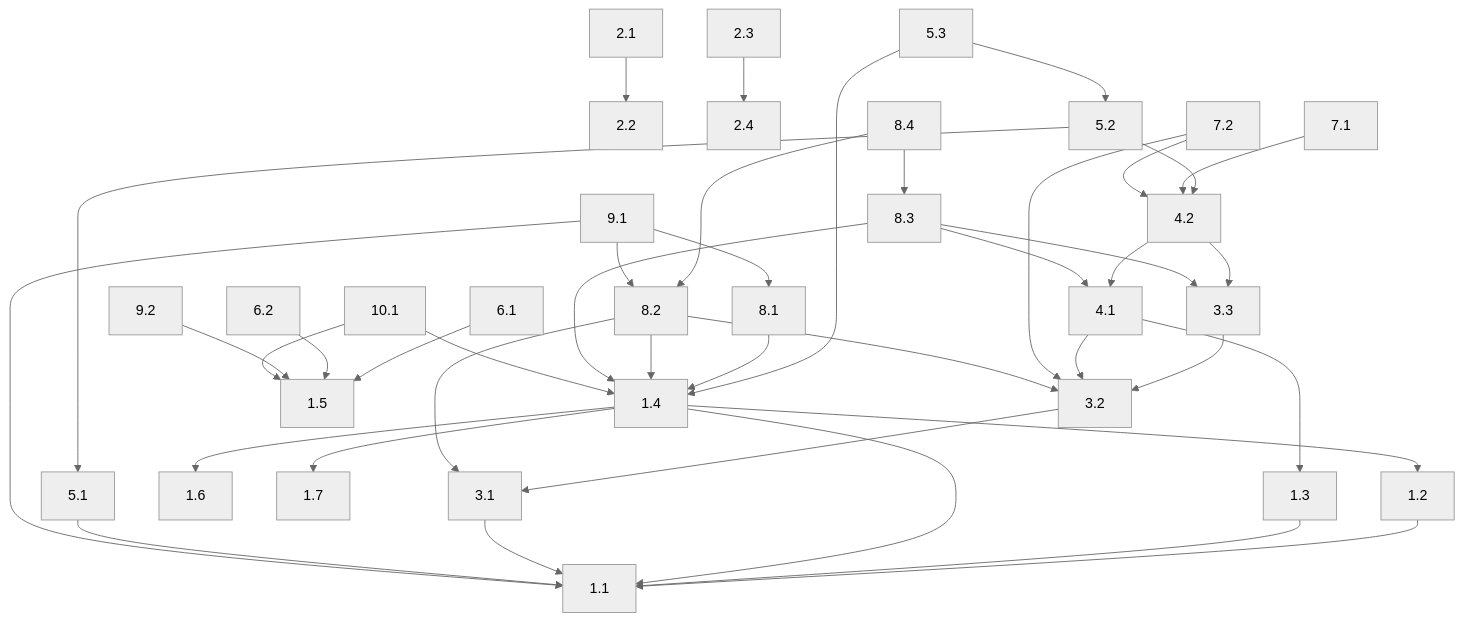
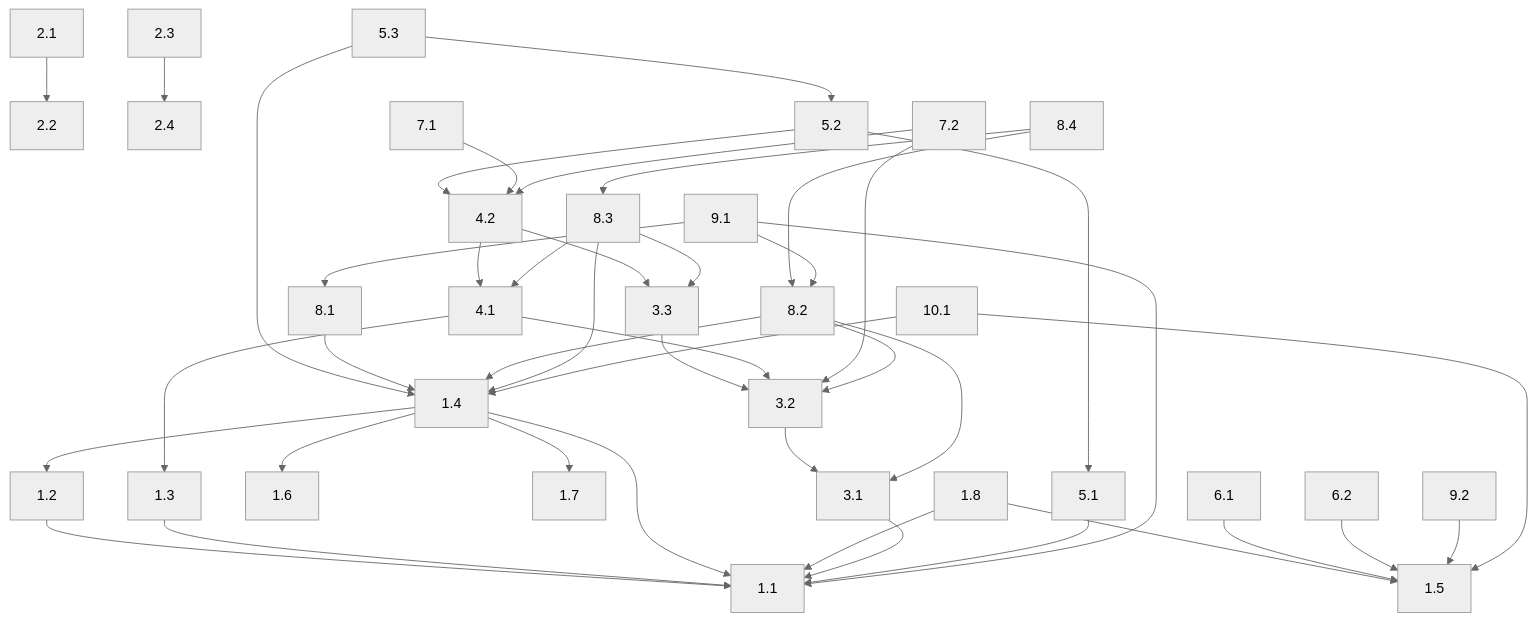
The diagram in Resources/planning/PLANNING_TASKS.md (spottenn/LuxoAiApp), drawn with Mermaid (neutral theme) before and after one commit. The commit also changed other lines of this file and 3 other files, not shown here.

````diff
--- a/Resources/planning/PLANNING_TASKS.md
+++ b/Resources/planning/PLANNING_TASKS.md
@@ -805,43 +836,45 @@
 ```mermaid
 graph TD;
     1.2 --> 1.1
     1.3 --> 1.1
     1.4 --> 1.1
     1.4 --> 1.2
     1.4 --> 1.6
     1.4 --> 1.7
+    1.8 --> 1.1
+    1.8 --> 1.5
     2.1 --> 2.2
     2.3 --> 2.4
     3.1 --> 1.1
     3.2 --> 3.1
     3.3 --> 3.2
     4.1 --> 1.3
     4.1 --> 3.2
     4.2 --> 3.3
     4.2 --> 4.1
     5.1 --> 1.1
     5.2 --> 4.2
     5.2 --> 5.1
     5.3 --> 1.4
     5.3 --> 5.2
     6.1 --> 1.5
     6.2 --> 1.5
     7.1 --> 4.2
     7.2 --> 3.2
     7.2 --> 4.2
     8.1 --> 1.4
     8.2 --> 1.4
     8.2 --> 3.1
     8.2 --> 3.2
     8.3 --> 1.4
     8.3 --> 3.3
     8.3 --> 4.1
     8.4 --> 8.2
     8.4 --> 8.3
     9.1 --> 1.1
     9.1 --> 8.1
     9.1 --> 8.2
     9.2 --> 1.5
     10.1 --> 1.4
     10.1 --> 1.5
 ```
````
